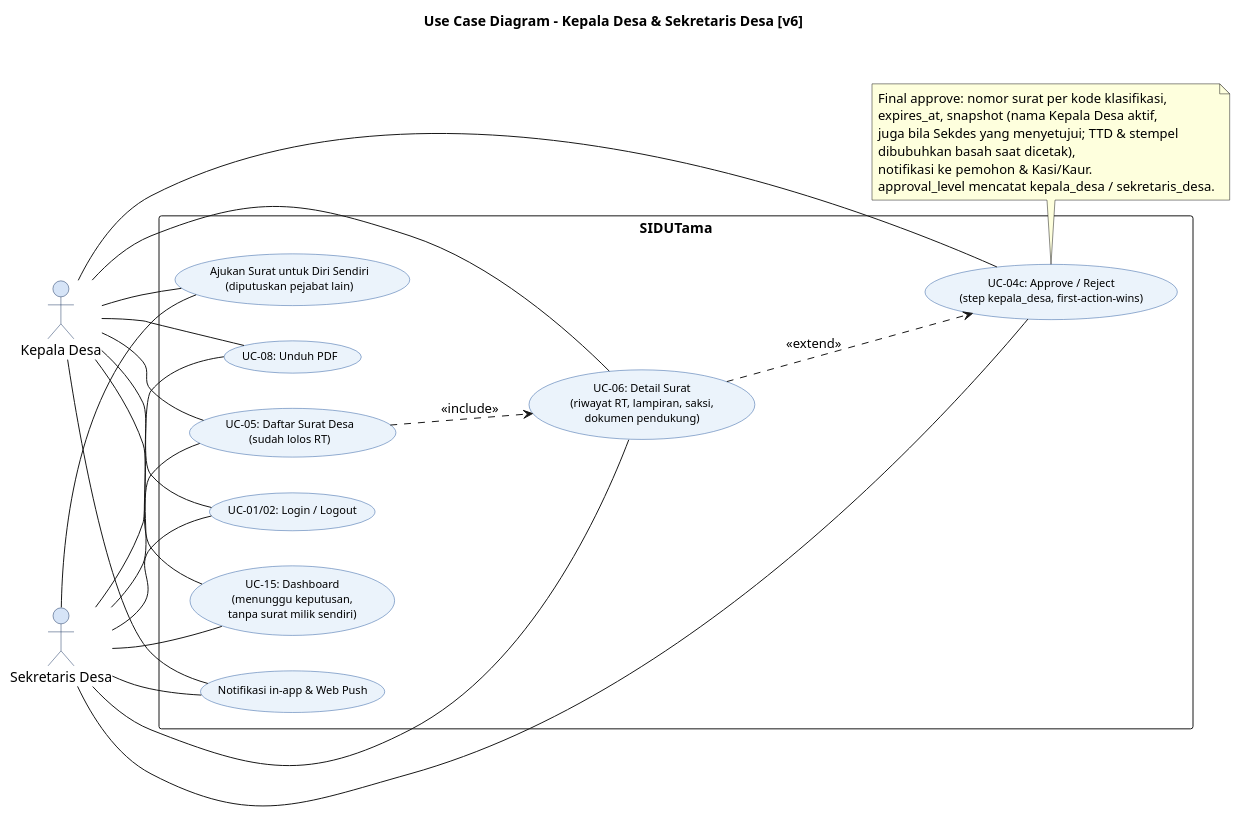
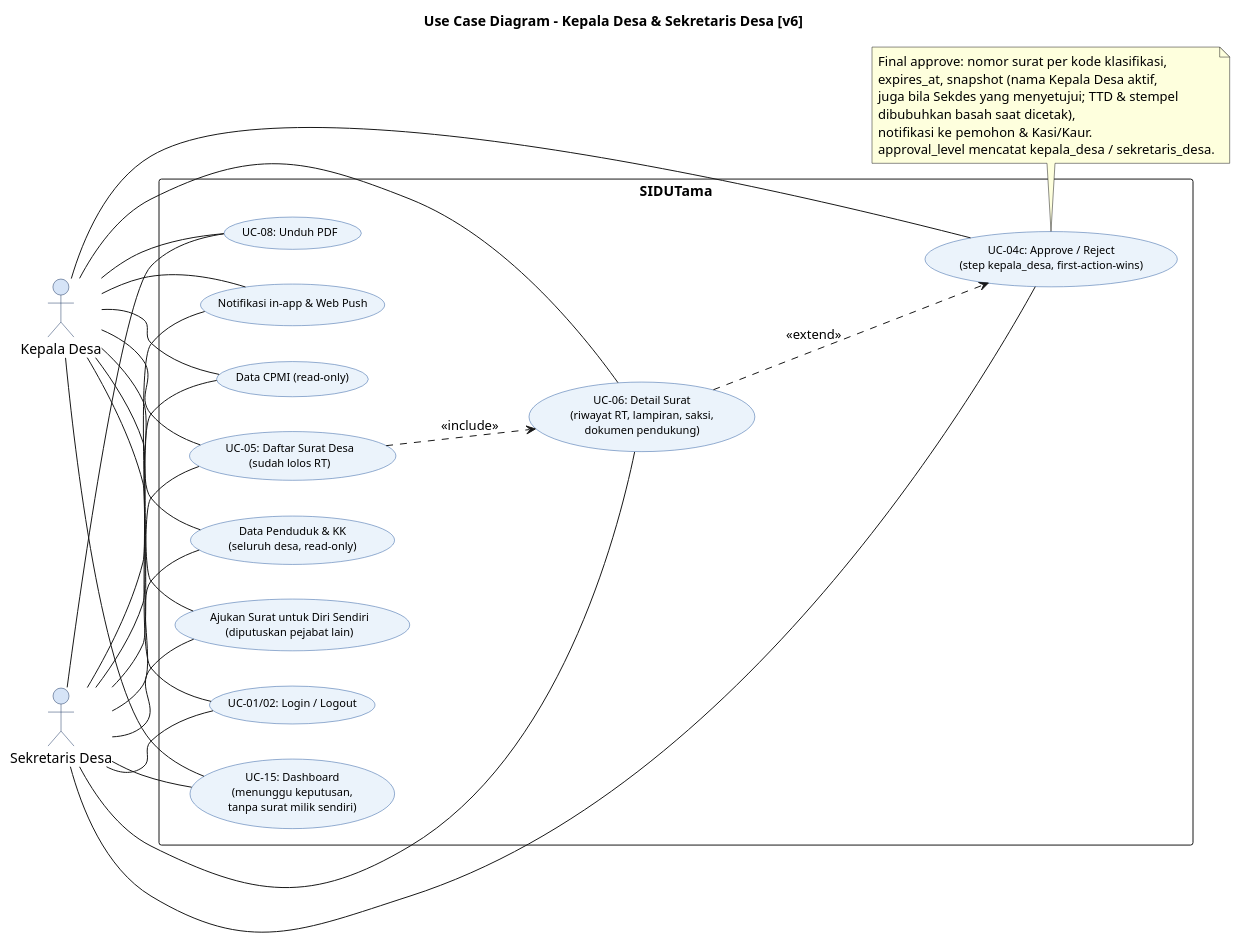
The diagram in docs/diagram/code/usecase/05_UC_KepalaDesa_SekretarisDesa_v6.puml (Vextronode/sid-app), drawn with PlantUML before and after one commit. The commit also changed 76 other files, not shown here.

```diff
--- a/docs/diagram/code/usecase/05_UC_KepalaDesa_SekretarisDesa_v6.puml
+++ b/docs/diagram/code/usecase/05_UC_KepalaDesa_SekretarisDesa_v6.puml
@@ -10,58 +10,64 @@
 @startuml UC_Kades_v6
 left to right direction
 skinparam packageStyle rectangle
 skinparam backgroundColor #FFFFFF
 skinparam usecase {
   BackgroundColor #EBF3FB
   BorderColor #2E5FA3
   FontName Arial
   FontSize 11
 }
 skinparam actor {
   BackgroundColor #D6E4F7
   BorderColor #1F3864
 }
 title Use Case Diagram - Kepala Desa & Sekretaris Desa [v6]
 
 actor "Kepala Desa" as KD
 actor "Sekretaris Desa" as SK
 
 rectangle "SIDUTama" {
   usecase "UC-01/02: Login / Logout" as UC_AUTH
   usecase "UC-05: Daftar Surat Desa\n(sudah lolos RT)" as UC_LIST
   usecase "UC-06: Detail Surat\n(riwayat RT, lampiran, saksi,\ndokumen pendukung)" as UC_DETAIL
   usecase "UC-04c: Approve / Reject\n(step kepala_desa, first-action-wins)" as UC_DECIDE
   usecase "UC-08: Unduh PDF" as UC_DL
   usecase "UC-15: Dashboard\n(menunggu keputusan,\ntanpa surat milik sendiri)" as UC_DASH
   usecase "Notifikasi in-app & Web Push" as UC_NOTIF
   usecase "Ajukan Surat untuk Diri Sendiri\n(diputuskan pejabat lain)" as UC_SELF
+  usecase "Data Penduduk & KK\n(seluruh desa, read-only)" as UC_POP
+  usecase "Data CPMI (read-only)" as UC_CPMI
 }
 
 KD -- UC_AUTH
 KD -- UC_LIST
 KD -- UC_DETAIL
 KD -- UC_DECIDE
 KD -- UC_DL
 KD -- UC_DASH
 KD -- UC_NOTIF
 KD -- UC_SELF
+KD -- UC_POP
+KD -- UC_CPMI
 SK -- UC_AUTH
 SK -- UC_LIST
 SK -- UC_DETAIL
 SK -- UC_DECIDE
 SK -- UC_DL
 SK -- UC_DASH
 SK -- UC_NOTIF
 SK -- UC_SELF
+SK -- UC_POP
+SK -- UC_CPMI
 UC_LIST ..> UC_DETAIL : <<include>>
 UC_DETAIL ..> UC_DECIDE : <<extend>>
 
 note bottom of UC_DECIDE
   Final approve: nomor surat per kode klasifikasi,
   expires_at, snapshot (nama Kepala Desa aktif,
   juga bila Sekdes yang menyetujui; TTD & stempel
   dibubuhkan basah saat dicetak),
   notifikasi ke pemohon & Kasi/Kaur.
   approval_level mencatat kepala_desa / sekretaris_desa.
 end note
 @enduml
```
